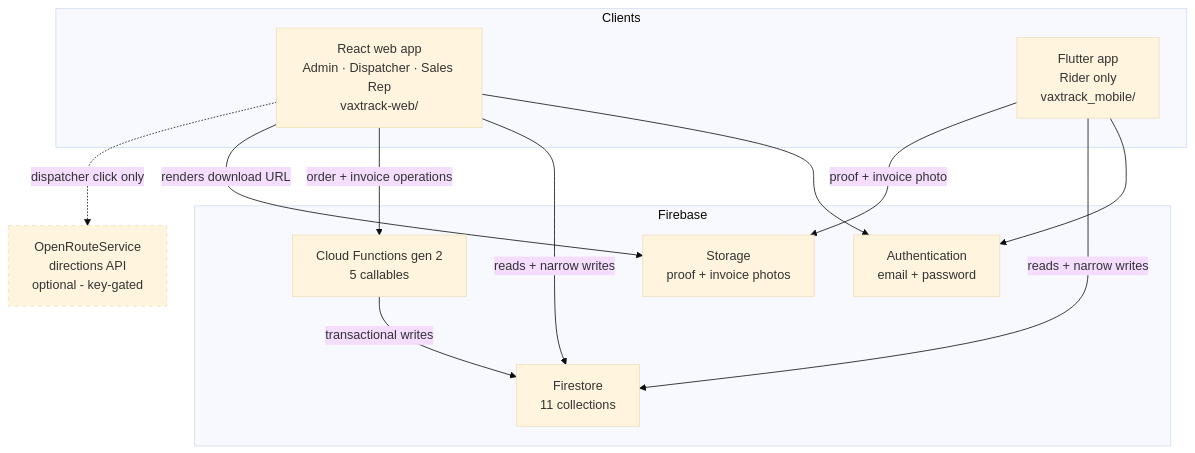
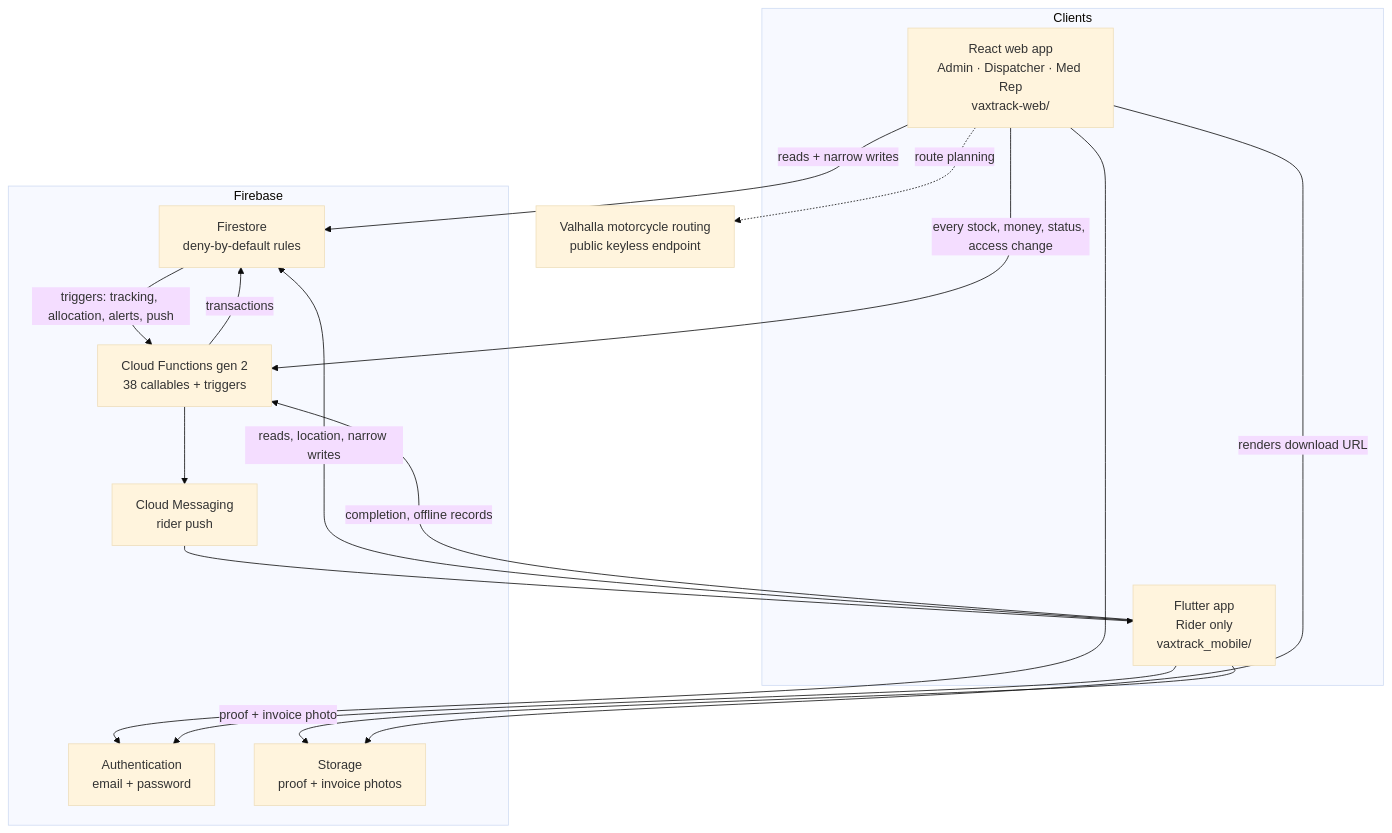
One commit to Ryel-2-1/vaxtrackkk changed the first of 5 diagrams in vaxtrack-web/docs/VAXTRACK_SYSTEM_HANDBOOK.md. Above: the diagram before and after it, drawn with Mermaid (base theme). The commit also changed other lines of this file and 35 other files, not shown here.

````diff
--- a/vaxtrack-web/docs/VAXTRACK_SYSTEM_HANDBOOK.md
+++ b/vaxtrack-web/docs/VAXTRACK_SYSTEM_HANDBOOK.md
@@ -50,29 +52,31 @@
 ```mermaid
 graph TB
   subgraph Clients
-    W["React web app<br/>Admin · Dispatcher · Sales Rep<br/>vaxtrack-web/"]
+    W["React web app<br/>Admin · Dispatcher · Med Rep<br/>vaxtrack-web/"]
     M["Flutter app<br/>Rider only<br/>vaxtrack_mobile/"]
   end
 
   subgraph Firebase
     A["Authentication<br/>email + password"]
-    F["Firestore<br/>11 collections"]
-    C["Cloud Functions gen 2<br/>5 callables"]
+    F["Firestore<br/>deny-by-default rules"]
+    C["Cloud Functions gen 2<br/>38 callables + triggers"]
     S["Storage<br/>proof + invoice photos"]
+    P["Cloud Messaging<br/>rider push"]
   end
 
-  ORS["OpenRouteService<br/>directions API<br/>optional - key-gated"]
+  V["Valhalla motorcycle routing<br/>public keyless endpoint"]
 
   W --> A
   M --> A
   W -->|"reads + narrow writes"| F
-  M -->|"reads + narrow writes"| F
-  W -->|"order + invoice operations"| C
-  C -->|"transactional writes"| F
+  M -->|"reads, location, narrow writes"| F
+  W -->|"every stock, money, status, access change"| C
+  M -->|"completion, offline records"| C
+  C -->|"transactions"| F
+  F -->|"triggers: tracking, allocation, alerts, push"| C
+  C --> P
+  P --> M
   M -->|"proof + invoice photo"| S
   W -->|"renders download URL"| S
-  W -.->|"dispatcher click only"| ORS
-
-  classDef gated stroke-dasharray: 5 5
-  class ORS gated
+  W -.->|"route planning"| V
 ```
````
